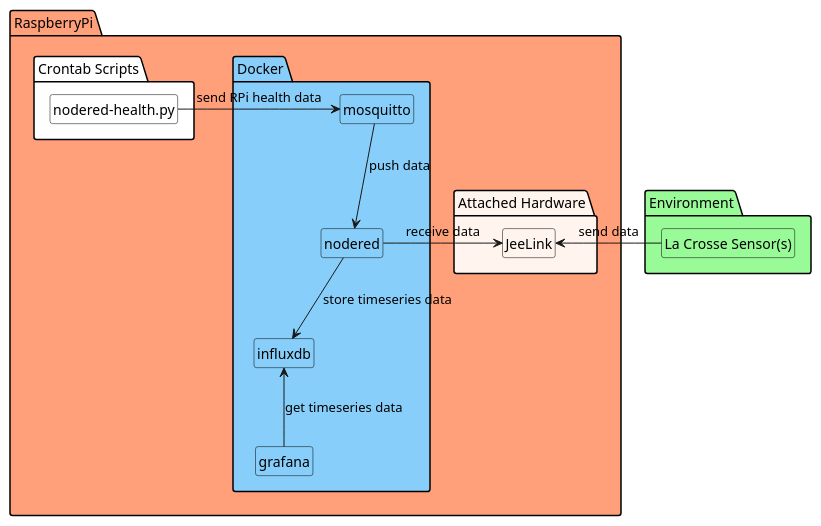
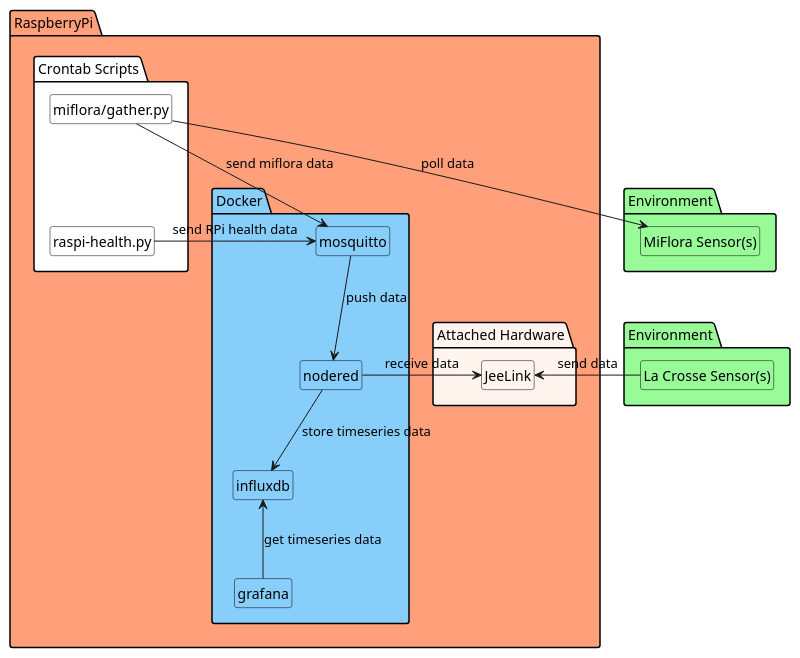
The diagram in overview.puml (dArignac/smarthome), drawn with PlantUML before and after one commit. The commit also changed 11 other files, not shown here.

```diff
--- a/overview.puml
+++ b/overview.puml
@@ -1,53 +1,62 @@
 @startuml
 skinparam shadowing false
 
 skinparam package {
   BackgroundColor white
   BorderColor black
   FontStyle italic bold
 
   BackgroundColor<<Environment>> PaleGreen
   BackgroundColor<<RaspberryPi>> LightSalmon
   BackgroundColor<<Hardware>> SeaShell
   BackgroundColor<<Docker>> LightSkyBlue
 }
 
 skinparam class {
   BackgroundColor none
   BorderColor Black
 }
 
 hide members
 hide circle
 hide stereotype
 
-package Environment <<Environment>> {
-  class "La Crosse Sensor(s)" as lacrosse
+package "Environment" as E1 <<Environment>> {
+  class "La Crosse Sensor(s)" as sensorLacrosse
+}
+
+package "Environment" as E2 <<Environment>> {
+  class "MiFlora Sensor(s)" as sensorMiflora
 }
 
 package RaspberryPi <<RaspberryPi>> {
   package "Attached Hardware" <<Hardware>> {
     class "JeeLink" as jeelink
   }
 
   package Docker <<Docker>> {
     class nodered
     class grafana
     class influxdb
     class mosquitto
 
     mosquitto -down-> nodered: push data
     nodered -down-> influxdb: store timeseries data
     grafana -up-> influxdb: get timeseries data
   }
 
   package "Crontab Scripts" {
-    class "nodered-health.py" as pihealth
+    class "raspi-health.py" as scriptRaspiHealth
+    class "miflora/gather.py" as scriptMiflora
+
+    scriptMiflora-down[hidden]-> scriptRaspiHealth
   }
 
-  pihealth -right-> mosquitto: send RPi health data
+  scriptRaspiHealth -right-> mosquitto: send RPi health data
 }
 
-lacrosse -left-> jeelink: send data
+sensorLacrosse -left-> jeelink: send data
 jeelink <-right- nodered: receive data
+sensorMiflora <-up- scriptMiflora: poll data
+scriptMiflora -right-> mosquitto: send miflora data
 @enduml
```
